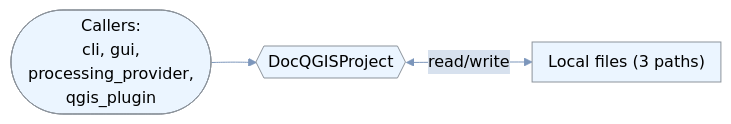
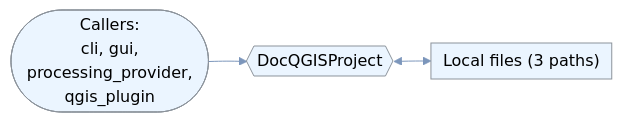
Before and after one commit to johnzastrow/Roux7375Testresults: the ninth of 42 diagrams in outputs/johnzastrow_Summary.md, drawn with Mermaid. The commit also changed other lines of this file, not shown here.

First line of the commit message:
Enlarge data flow diagram text for letter-size printing

````diff
--- a/outputs/johnzastrow_Summary.md
+++ b/outputs/johnzastrow_Summary.md
@@ -807,9 +807,9 @@
 ```mermaid
-%%{init: {"theme":"base","flowchart":{"useMaxWidth":true,"nodeSpacing":22,"rankSpacing":45,"padding":8},"themeVariables":{"background":"#ffffff","primaryColor":"#ebf5ff","primaryTextColor":"#000000","primaryBorderColor":"#8c939b","lineColor":"#7c96bb","secondaryColor":"#d7e1ee","tertiaryColor":"#c3d2e5","fontFamily":"\"Inter\", \"Noto Sans SC\", sans-serif","fontSize":"14","pie1":"#b4413c","pie2":"#d9893b","pie3":"#7c96bb","pie4":"#73A78D","pie5":"#CB9B7A","pie6":"#6B8CAE","pie7":"#c3d2e5","pie8":"#8c939b"}}}%%
+%%{init: {"theme":"base","flowchart":{"useMaxWidth":true,"nodeSpacing":16,"rankSpacing":38,"padding":6},"themeVariables":{"background":"#ffffff","primaryColor":"#ebf5ff","primaryTextColor":"#000000","primaryBorderColor":"#8c939b","lineColor":"#7c96bb","secondaryColor":"#d7e1ee","tertiaryColor":"#c3d2e5","fontFamily":"\"Inter\", \"Noto Sans SC\", sans-serif","fontSize":"17","pie1":"#b4413c","pie2":"#d9893b","pie3":"#7c96bb","pie4":"#73A78D","pie5":"#CB9B7A","pie6":"#6B8CAE","pie7":"#c3d2e5","pie8":"#8c939b"}}}%%
 flowchart LR
     APP{{"DocQGISProject"}}
     U(["Callers:<br>cli, gui,<br>processing_provider,<br>qgis_plugin"]) --> APP
     F1["Local files (3 paths)"]
-    APP <-->|read/write| F1
+    APP <--> F1
     classDef ext fill:#fdecea,stroke:#b4413c,stroke-width:2px,color:#000000
 ```
````
